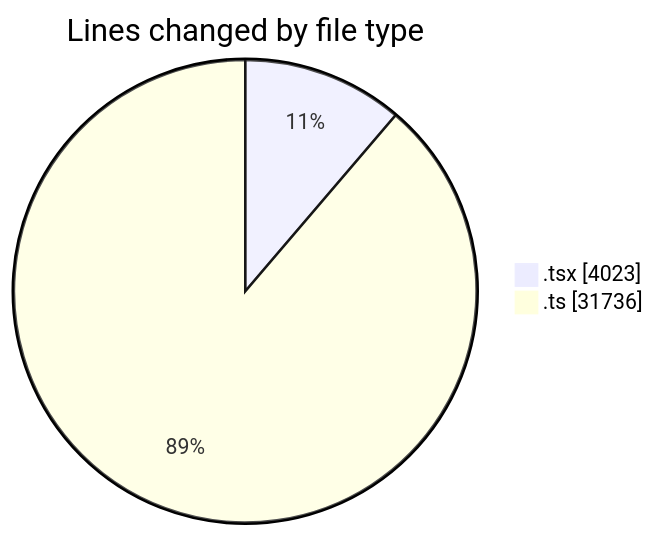
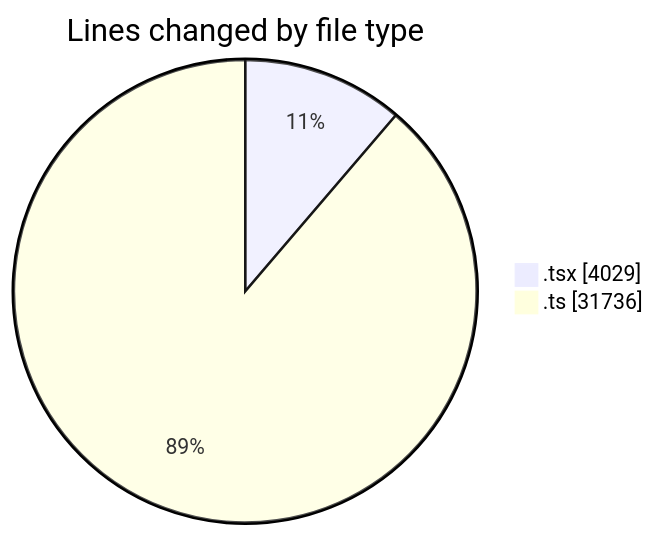
The first of 2 diagrams in 2025-07-07/cda/README.md (momahboobian/code-tracking), drawn with Mermaid before and after one commit. The commit also changed other lines of this file and 1 other file, not shown here.

````diff
--- a/2025-07-07/cda/README.md
+++ b/2025-07-07/cda/README.md
@@ -28,6 +28,6 @@
 ```mermaid
 pie showData
 title Lines changed by file type
-".tsx" : 4023
+".tsx" : 4029
 ".ts" : 31736
 ```
````
